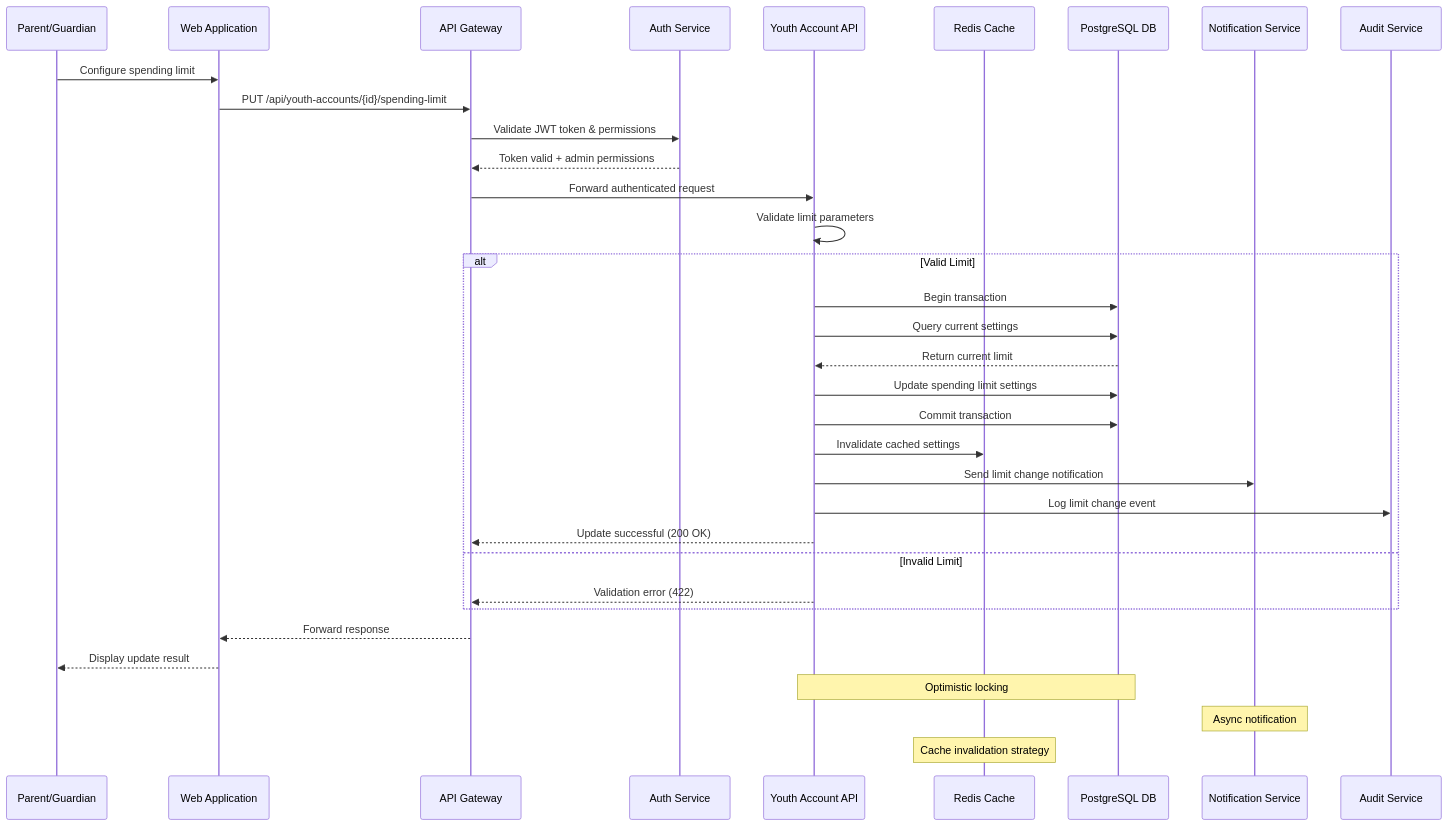
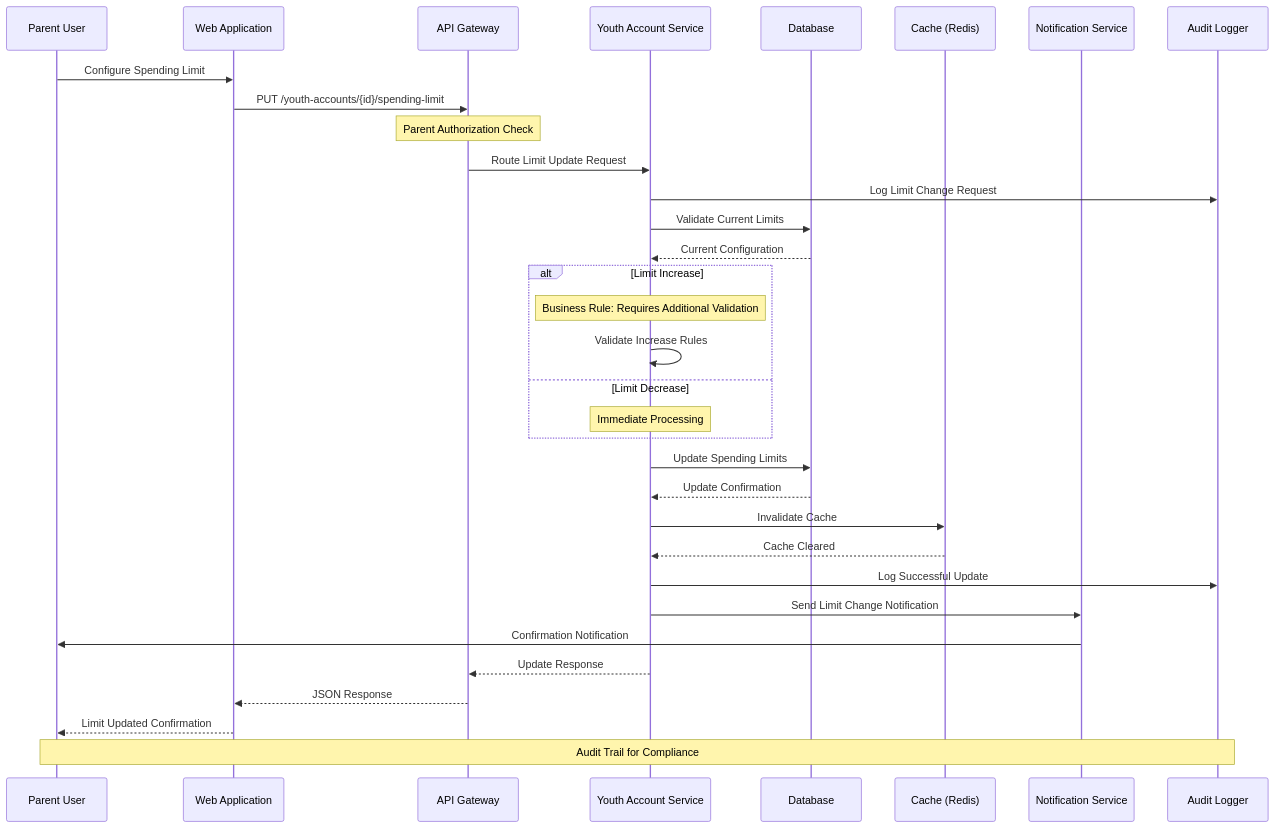
Before and after one commit to ThapaswiASC/SCIB-INCEPTION-PHASE-DEMO: the third of 8 diagrams in API Development/Components and Sequence Diagrams/sequence_diagram.md, drawn with Mermaid. The commit also changed other lines of this file and 1 other file, not shown here.

````diff
--- a/API Development/Components and Sequence Diagrams/sequence_diagram.md
+++ b/API Development/Components and Sequence Diagrams/sequence_diagram.md
@@ -105,42 +115,42 @@
 ```mermaid
 sequenceDiagram
-    participant Parent as Parent/Guardian
-    participant WebApp as Web Application
-    participant Gateway as API Gateway
-    participant AuthSvc as Auth Service
-    participant YouthAPI as Youth Account API
-    participant Cache as Redis Cache
-    participant DB as PostgreSQL DB
-    participant NotifySvc as Notification Service
-    participant AuditSvc as Audit Service
+    participant P as Parent User
+    participant WA as Web Application
+    participant AG as API Gateway
+    participant YS as Youth Account Service
+    participant DB as Database
+    participant C as Cache (Redis)
+    participant NS as Notification Service
+    participant AL as Audit Logger
+
+    P->>WA: Configure Spending Limit
+    WA->>AG: PUT /youth-accounts/{id}/spending-limit
+    Note over AG: Parent Authorization Check
+    AG->>YS: Route Limit Update Request
     
-    Parent->>WebApp: Configure spending limit
-    WebApp->>Gateway: PUT /api/youth-accounts/{id}/spending-limit
-    Gateway->>AuthSvc: Validate JWT token & permissions
-    AuthSvc-->>Gateway: Token valid + admin permissions
-    Gateway->>YouthAPI: Forward authenticated request
+    YS->>AL: Log Limit Change Request
+    YS->>DB: Validate Current Limits
+    DB-->>YS: Current Configuration
     
-    YouthAPI->>YouthAPI: Validate limit parameters
-    alt Valid Limit
-        YouthAPI->>DB: Begin transaction
-        YouthAPI->>DB: Query current settings
-        DB-->>YouthAPI: Return current limit
-        YouthAPI->>DB: Update spending limit settings
-        YouthAPI->>DB: Commit transaction
-        
-        YouthAPI->>Cache: Invalidate cached settings
-        YouthAPI->>NotifySvc: Send limit change notification
-        YouthAPI->>AuditSvc: Log limit change event
-        
-        YouthAPI-->>Gateway: Update successful (200 OK)
-    else Invalid Limit
-        YouthAPI-->>Gateway: Validation error (422)
+    alt Limit Increase
+        Note over YS: Business Rule: Requires Additional Validation
+        YS->>YS: Validate Increase Rules
+    else Limit Decrease
+        Note over YS: Immediate Processing
     end
     
-    Gateway-->>WebApp: Forward response
-    WebApp-->>Parent: Display update result
+    YS->>DB: Update Spending Limits
+    DB-->>YS: Update Confirmation
+    YS->>C: Invalidate Cache
+    C-->>YS: Cache Cleared
     
-    Note over YouthAPI,DB: Optimistic locking
-    Note over NotifySvc: Async notification
-    Note over Cache: Cache invalidation strategy
+    YS->>AL: Log Successful Update
+    YS->>NS: Send Limit Change Notification
+    NS->>P: Confirmation Notification
+    
+    YS-->>AG: Update Response
+    AG-->>WA: JSON Response
+    WA-->>P: Limit Updated Confirmation
+    
+    Note over P,AL: Audit Trail for Compliance
 ```
````
